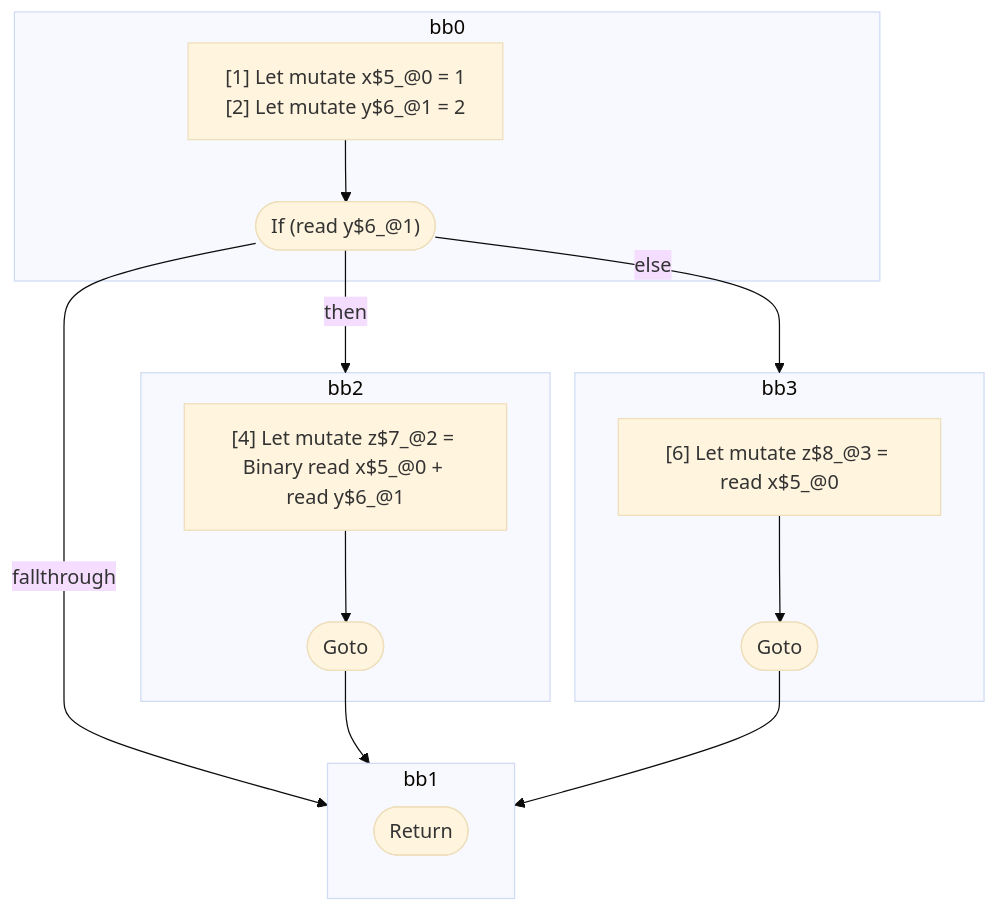
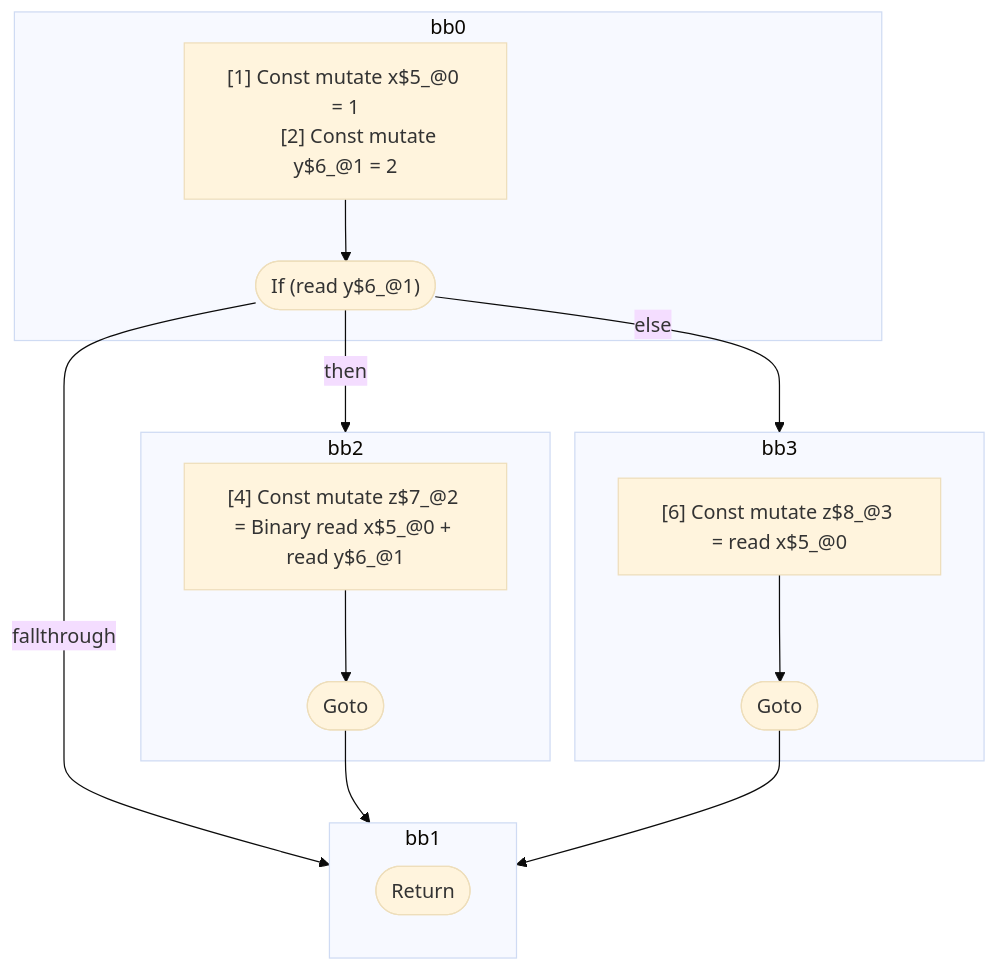
The diagram in compiler/forget/src/__tests__/fixtures/hir/ssa-if-else.expect.md (wutsmog/private), drawn with Mermaid (base theme) before and after one commit. The commit also changed other lines of this file and 61 other files, not shown here.

````diff
--- a/compiler/forget/src/__tests__/fixtures/hir/ssa-if-else.expect.md
+++ b/compiler/forget/src/__tests__/fixtures/hir/ssa-if-else.expect.md
@@ -45,34 +45,34 @@
 ```mermaid
 flowchart TB
   %% Basic Blocks
   subgraph bb0
     bb0_instrs["
-      [1] Let mutate x$5_@0 = 1
-      [2] Let mutate y$6_@1 = 2
+      [1] Const mutate x$5_@0 = 1
+      [2] Const mutate y$6_@1 = 2
     "]
     bb0_instrs --> bb0_terminal(["If (read y$6_@1)"])
   end
   subgraph bb2
     bb2_instrs["
-      [4] Let mutate z$7_@2 = Binary read x$5_@0 + read y$6_@1
+      [4] Const mutate z$7_@2 = Binary read x$5_@0 + read y$6_@1
     "]
     bb2_instrs --> bb2_terminal(["Goto"])
   end
   subgraph bb3
     bb3_instrs["
-      [6] Let mutate z$8_@3 = read x$5_@0
+      [6] Const mutate z$8_@3 = read x$5_@0
     "]
     bb3_instrs --> bb3_terminal(["Goto"])
   end
   subgraph bb1
     bb1_terminal(["Return"])
   end
 
   %% Jumps
   bb0_terminal -- "then" --> bb2
   bb0_terminal -- "else" --> bb3
   bb0_terminal -- "fallthrough" --> bb1
   bb2_terminal --> bb1
   bb3_terminal --> bb1
 
 ```
````
